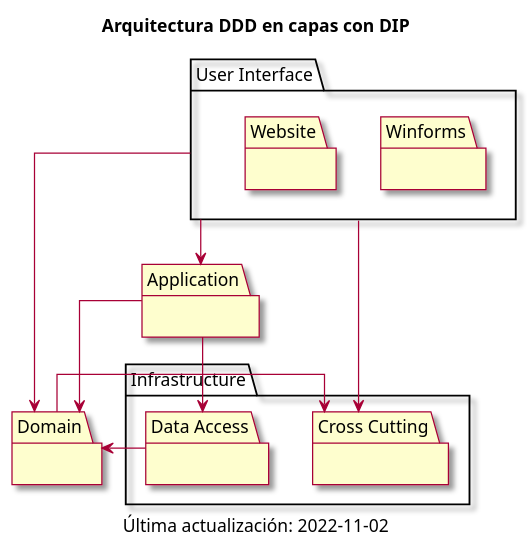
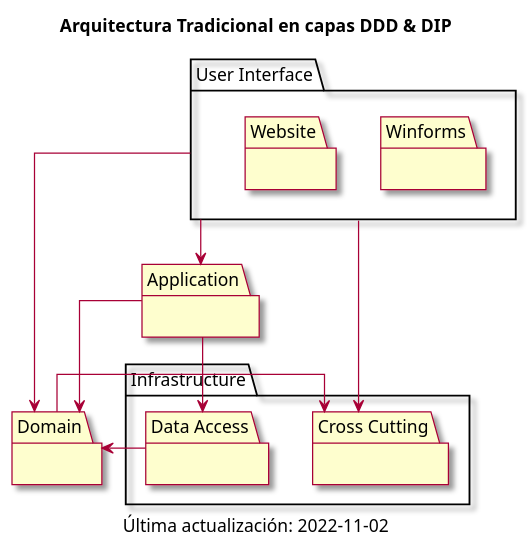
The diagram in (EndGame)/Gestor de Campeonatos/docs/17. Arquitectura Tradicional en Capas + POO + DDD + PEAA + Validaciones.puml (zherar7ordoya/AP5), drawn with PlantUML before and after one commit. The commit also changed 19 other files, not shown here.

```diff
--- a/(EndGame)/Gestor de Campeonatos/docs/17. Arquitectura Tradicional en Capas + POO + DDD + PEAA + Validaciones.puml
+++ b/(EndGame)/Gestor de Campeonatos/docs/17. Arquitectura Tradicional en Capas + POO + DDD + PEAA + Validaciones.puml
@@ -7,56 +7,56 @@
 @startuml Gestor de Campeonatos
 
 ' ─── CONFIGURACIONES ──────────────────────────────────────────────────────────
 skin rose
 ' skinparam classFontName Calibri
 ' skinparam shadowing false
 ' hide circle
 skinparam linetype ortho
 
 ' --- TÍTULO ───────────────────────────────────────────────────────────────────
-title Arquitectura DDD en capas con DIP
+title Arquitectura Tradicional en capas DDD & DIP
 
 ' ─── ENTIDADES ────────────────────────────────────────────────────────────────
 
 package "User Interface"
 {
     package Winforms {}
     package Website {}
 }
 
 package Application
 {
 }
 
 package Domain
 {
 }
 
 package Infrastructure
 {
     package "Data Access" {}
     package "Cross Cutting" {}
 }
 
 
 ' ─── RELACIONES ───────────────────────────────────────────────────────────────
 "User Interface" -[plain]-> Application
 "User Interface" -[plain]-> Domain
 "User Interface" -[plain]-> "Cross Cutting"
 
 Application -[plain]-> Domain
 Application -[plain]-> "Data Access"
 
 Domain -[plain]-> "Cross Cutting"
 
 "Data Access" -[plain]-> Domain
 
 
 ' ─── NOTAS ────────────────────────────────────────────────────────────────────
 
 
 ' ─── SUBTÍTULO ────────────────────────────────────────────────────────────────
 caption Última actualización: 2022-11-02
 
 ' ─── FIN ──────────────────────────────────────────────────────────────────────
 @enduml
```
